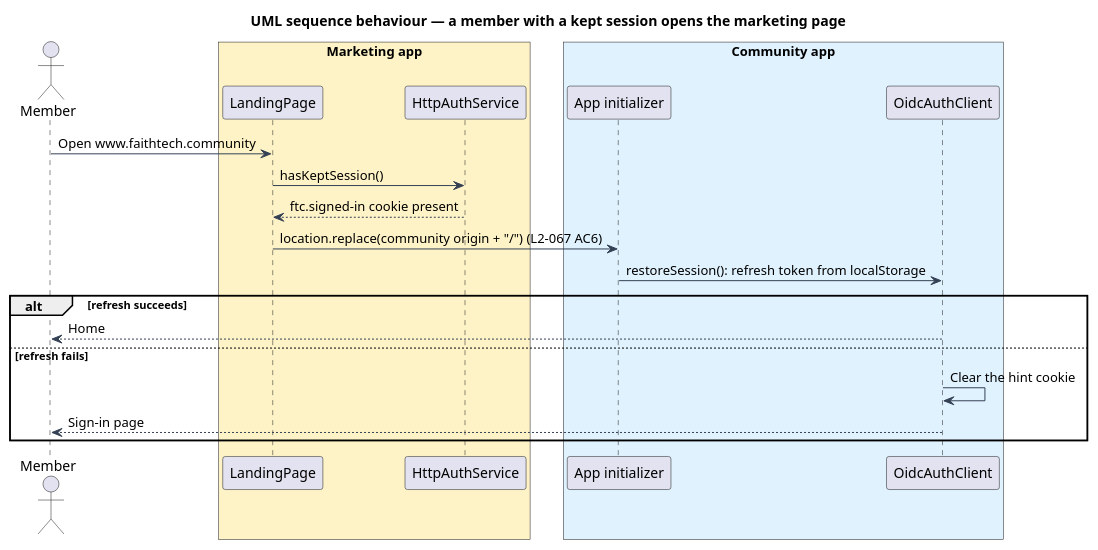
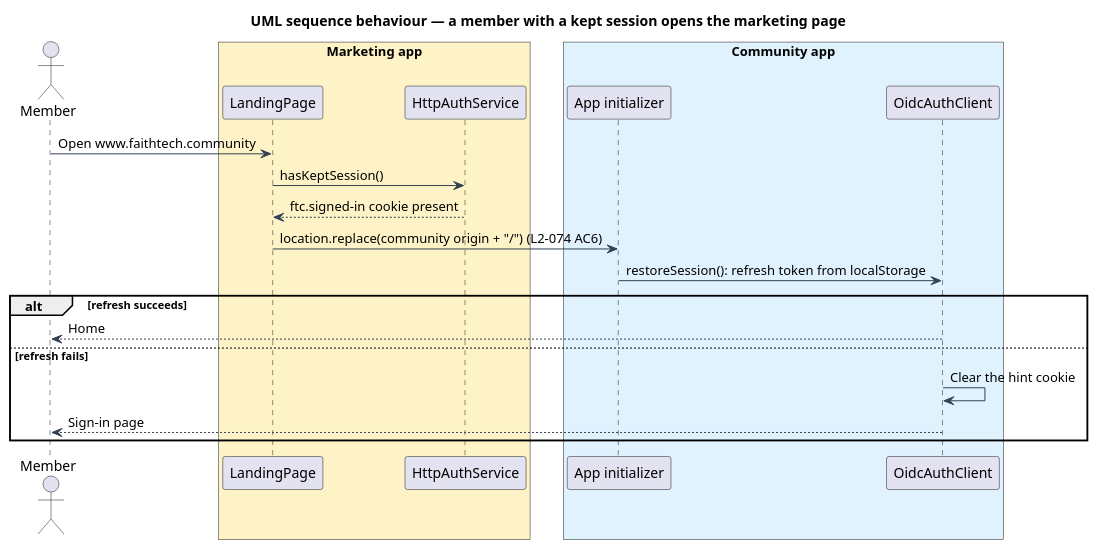
Before and after one commit to QuinntyneBrown/faithtech-community: the diagram in docs/detailed-designs/marketing/landing-page/diagrams/sequence-signed-in-visitor.puml, drawn with PlantUML. The commit also changed 72 other files, not shown here.

```diff
--- a/docs/detailed-designs/marketing/landing-page/diagrams/sequence-signed-in-visitor.puml
+++ b/docs/detailed-designs/marketing/landing-page/diagrams/sequence-signed-in-visitor.puml
@@ -1,27 +1,27 @@
 @startuml
 title UML sequence behaviour — a member with a kept session opens the marketing page
 skinparam backgroundColor #FFFFFF
 skinparam shadowing false
 skinparam defaultFontName Arial
 skinparam ArrowColor #344054
 actor "Member" as actor
 box "Marketing app" #FEF3C7
   participant "LandingPage" as page
   participant "HttpAuthService" as auth
 end box
 box "Community app" #E0F2FE
   participant "App initializer" as init
   participant "OidcAuthClient" as client
 end box
 actor -> page : Open www.faithtech.community
 page -> auth : hasKeptSession()
 auth --> page : ftc.signed-in cookie present
-page -> init : location.replace(community origin + "/") (L2-067 AC6)
+page -> init : location.replace(community origin + "/") (L2-074 AC6)
 init -> client : restoreSession(): refresh token from localStorage
 alt refresh succeeds
   client --> actor : Home
 else refresh fails
   client -> client : Clear the hint cookie
   client --> actor : Sign-in page
 end
 @enduml
```
